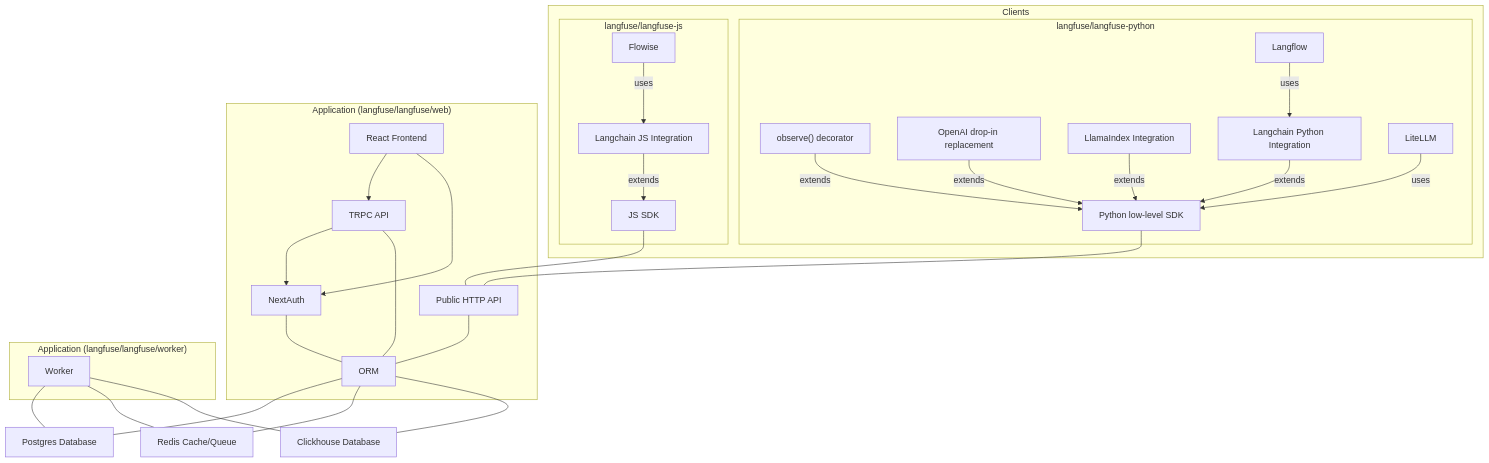
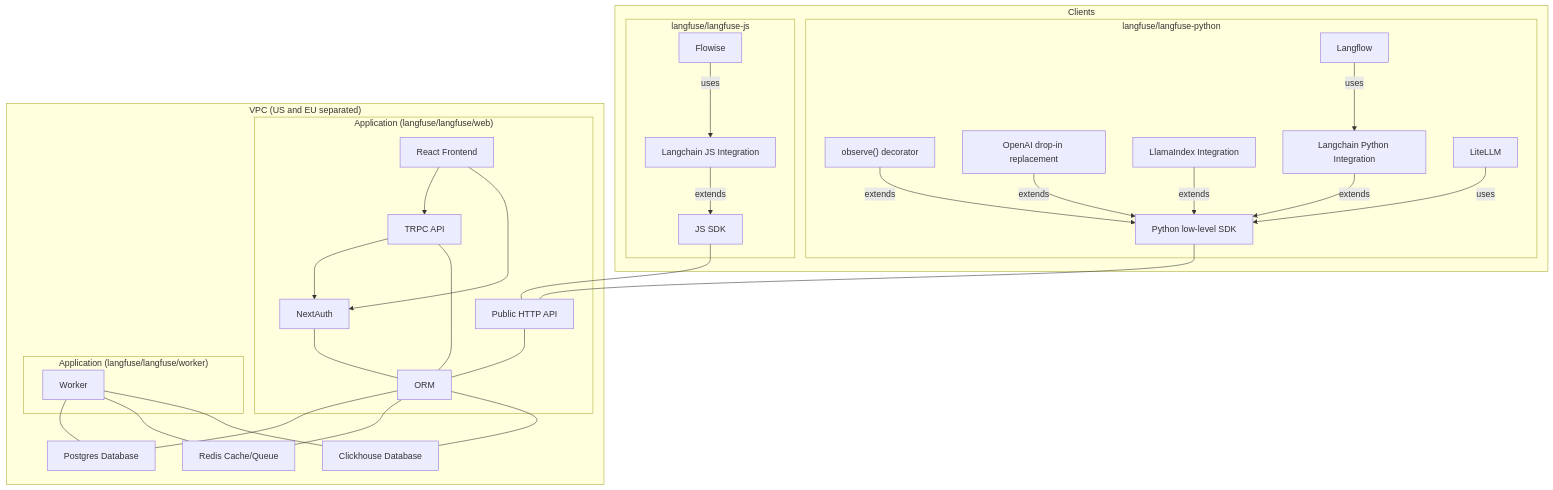
Before and after one commit to MohsinCreed/LangfuseOllama: the second of 3 diagrams in CONTRIBUTING.md, drawn with Mermaid.

Commit message:
chore: update architecture diagram (#5055)

````diff
--- a/CONTRIBUTING.md
+++ b/CONTRIBUTING.md
@@ -105,52 +105,56 @@
 ```mermaid
 flowchart TB
     subgraph s4["Clients"]
         subgraph s2["langfuse/langfuse-python"]
             Python["Python low-level SDK"]
             Decorator["observe() decorator"] -->|extends| Python
             OAI["OpenAI drop-in replacement"] -->|extends| Python
             Llamaindex["LlamaIndex Integration"] -->|extends| Python
             LCPYTHON["Langchain Python Integration"] -->|extends| Python
             Langflow -->|uses| LCPYTHON
             LiteLLM -->|uses| Python
         end
         subgraph s3["langfuse/langfuse-js"]
             JS["JS SDK"]
             LCJS["Langchain JS Integration"]  -->|extends| JS
             Flowise -->|uses| LCJS
         end
     end
 
-    DB[Postgres Database]
-    Redis[Redis Cache/Queue]
-    Clickhouse[Clickhouse Database]
+    subgraph s9 ["VPC (US and EU separated)"]
+        DB[Postgres Database]
+        Redis[Redis Cache/Queue]
+        Clickhouse[Clickhouse Database]
 
-    subgraph s1["Application (langfuse/langfuse/web)"]
-        API[Public HTTP API]
-        G[TRPC API]
-        I[NextAuth]
-        H[React Frontend]
-        ORM
-        H --> G
-        H --> I
-        G --> I
-        G --- ORM
-        API --- ORM
-        I --- ORM
+        subgraph s1["Application (langfuse/langfuse/web)"]
+            API[Public HTTP API]
+            G[TRPC API]
+            I[NextAuth]
+            H[React Frontend]
+            ORM
+            H --> G
+            H --> I
+            G --> I
+            G --- ORM
+            API --- ORM
+            I --- ORM
+        end
+
+        subgraph s5["Application (langfuse/langfuse/worker)"]
+            Worker
+        end
+
+        Worker --- DB
+        Worker --- Redis
+        Worker --- Clickhouse
+
+        ORM --- DB
+        ORM --- Redis
+        ORM --- Clickhouse
+
+
     end
-
-    subgraph s5["Application (langfuse/langfuse/worker)"]
-        Worker
-    end
-
-    Worker --- DB
-    Worker --- Redis
-    Worker --- Clickhouse
-
-    ORM --- DB
-    ORM --- Redis
-    ORM --- Clickhouse
 
     JS --- API
     Python --- API
 ```
````
